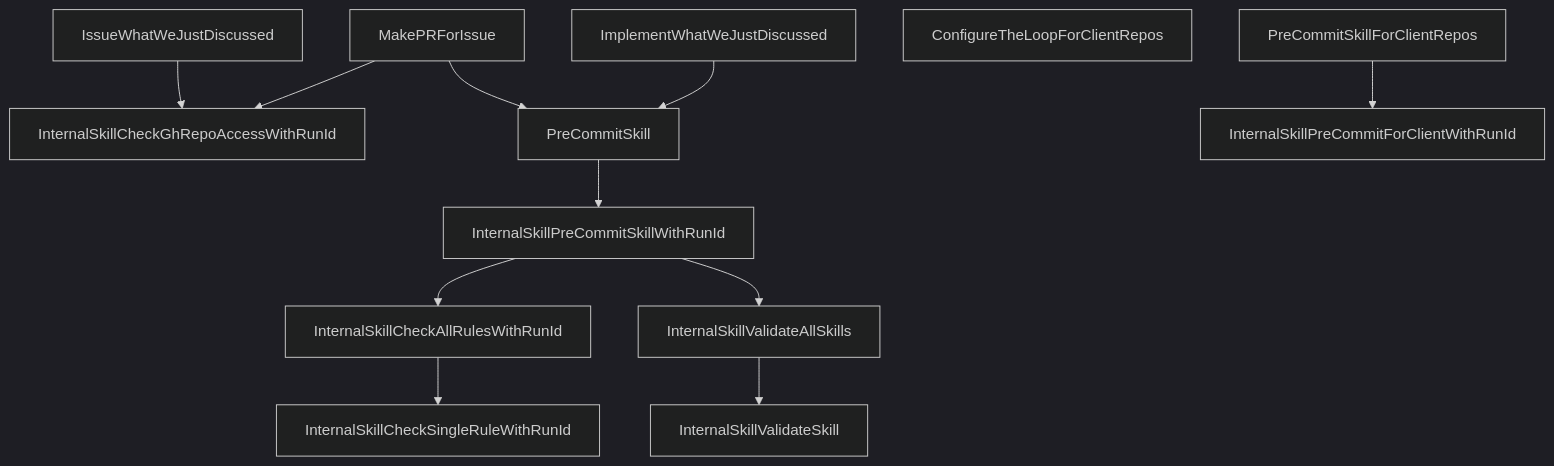
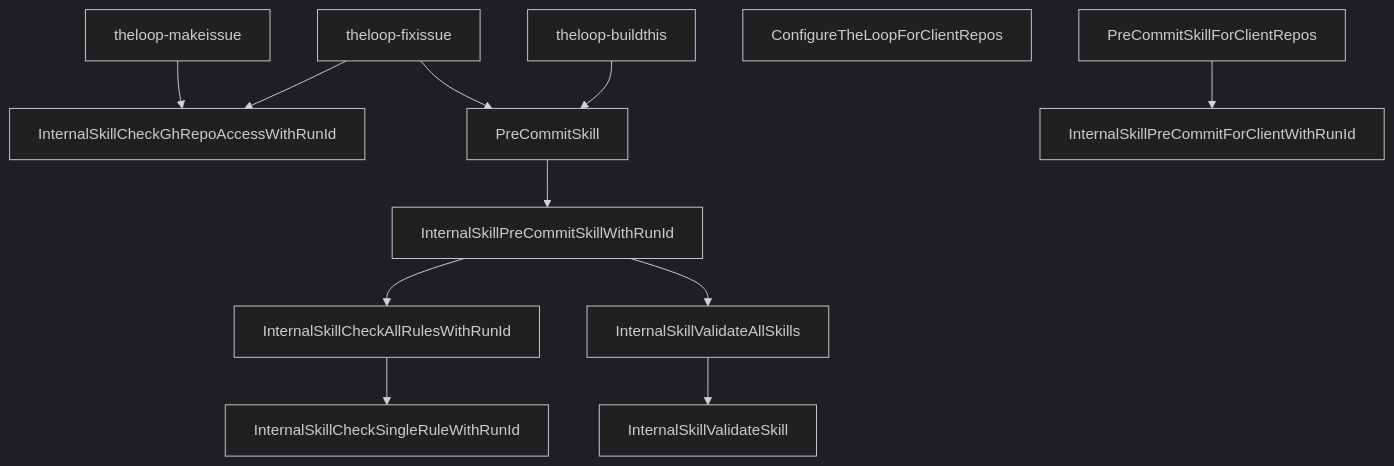
One commit to dkorolev/theloop changed the diagram in .theloop/VIZ.md. Above: the diagram before and after it, drawn with Mermaid (dark theme). The commit also changed other lines of this file and 36 other files, not shown here.

````diff
--- a/.theloop/VIZ.md
+++ b/.theloop/VIZ.md
@@ -42,15 +42,15 @@
 ```mermaid
 graph TD
     InternalSkillCheckGhRepoAccessWithRunId["InternalSkillCheckGhRepoAccessWithRunId"]
-    IssueWhatWeJustDiscussed["IssueWhatWeJustDiscussed"] --> InternalSkillCheckGhRepoAccessWithRunId
-    MakePRForIssue["MakePRForIssue"] --> InternalSkillCheckGhRepoAccessWithRunId
-    MakePRForIssue --> PreCommitSkill["PreCommitSkill"]
-    ImplementWhatWeJustDiscussed["ImplementWhatWeJustDiscussed"] --> PreCommitSkill["PreCommitSkill"]
+    theloop-makeissue["theloop-makeissue"] --> InternalSkillCheckGhRepoAccessWithRunId
+    theloop-fixissue["theloop-fixissue"] --> InternalSkillCheckGhRepoAccessWithRunId
+    theloop-fixissue --> PreCommitSkill["PreCommitSkill"]
+    theloop-buildthis["theloop-buildthis"] --> PreCommitSkill["PreCommitSkill"]
     PreCommitSkill --> InternalSkillPreCommitSkillWithRunId["InternalSkillPreCommitSkillWithRunId"]
     InternalSkillPreCommitSkillWithRunId --> InternalSkillCheckAllRulesWithRunId["InternalSkillCheckAllRulesWithRunId"]
     InternalSkillPreCommitSkillWithRunId --> InternalSkillValidateAllSkills["InternalSkillValidateAllSkills"]
     InternalSkillCheckAllRulesWithRunId --> InternalSkillCheckSingleRuleWithRunId["InternalSkillCheckSingleRuleWithRunId"]
     InternalSkillValidateAllSkills --> InternalSkillValidateSkill["InternalSkillValidateSkill"]
     ConfigureTheLoopForClientRepos["ConfigureTheLoopForClientRepos"]
     PreCommitSkillForClientRepos["PreCommitSkillForClientRepos"] --> InternalSkillPreCommitForClientWithRunId["InternalSkillPreCommitForClientWithRunId"]
 ```
````
